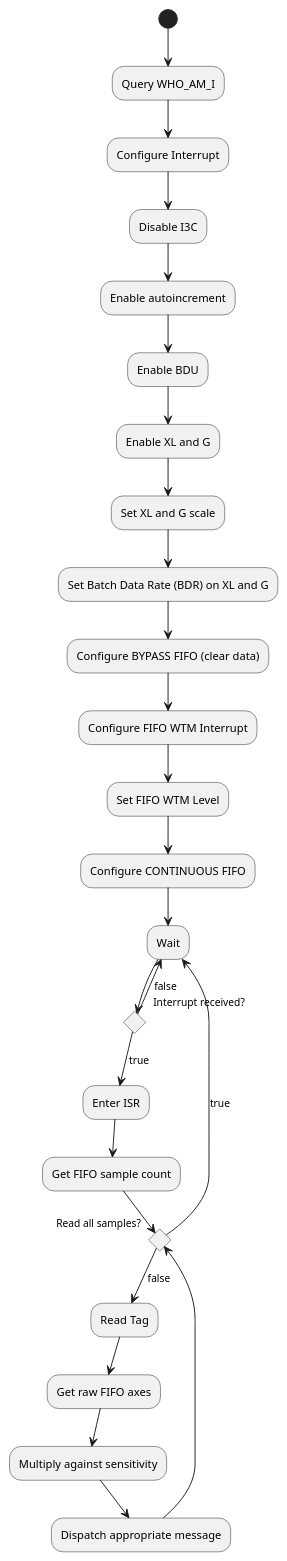
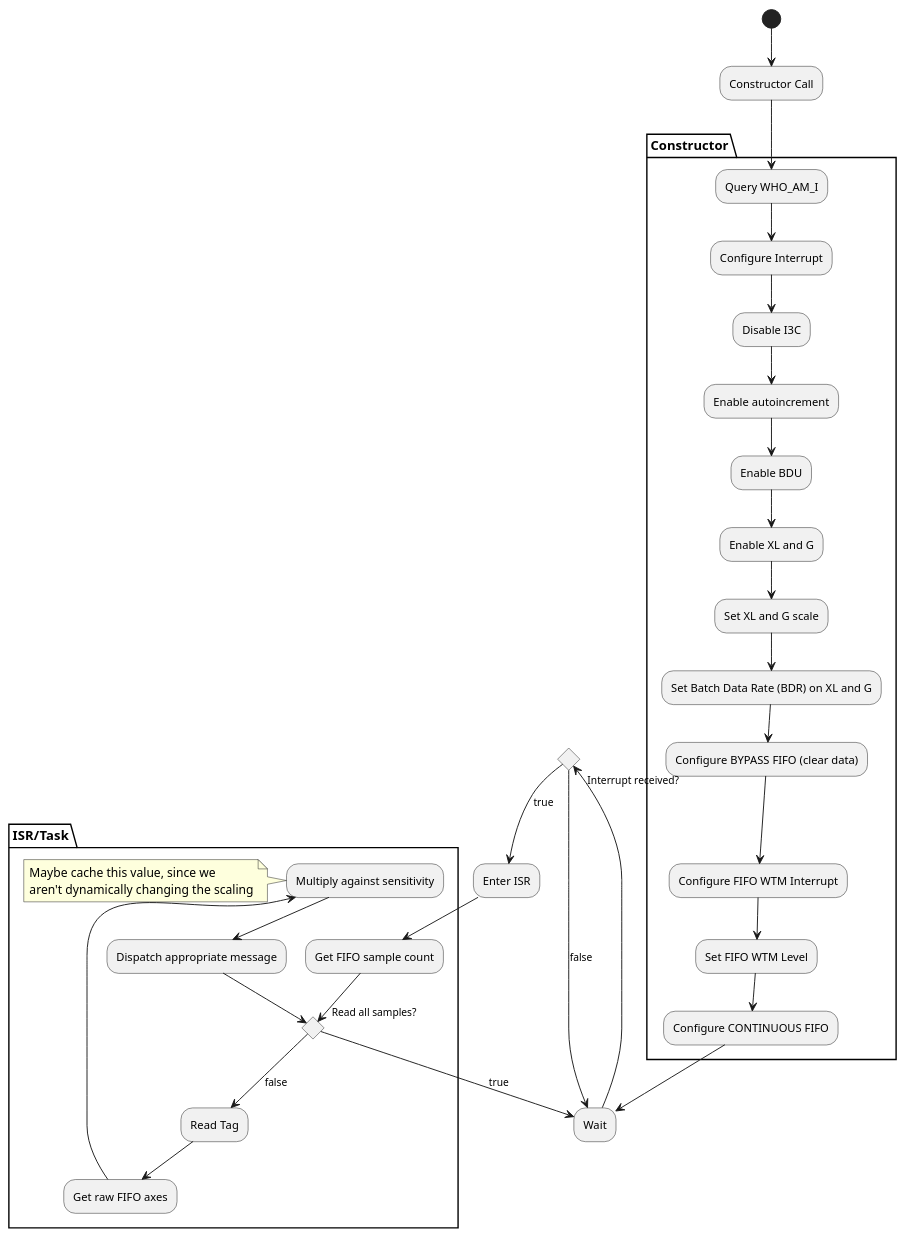
Before and after one commit to bennowotny/ECE453_DumptruckUltra: the diagram in Software/DumptruckUltra-MCU/hw/imu/IMU_Procedure.wsd, drawn with PlantUML.

Commit message:
Adding notes and partitions

```diff
--- a/Software/DumptruckUltra-MCU/hw/imu/IMU_Procedure.wsd
+++ b/Software/DumptruckUltra-MCU/hw/imu/IMU_Procedure.wsd
@@ -1,30 +1,41 @@
 @startuml IMUFlow
-(*) --> "Query WHO_AM_I" as whoami
-whoami --> "Configure Interrupt" as conf_int
-conf_int --> "Disable I3C" as no_i3c
-no_i3c --> "Enable autoincrement" as autoinc
-autoinc --> "Enable BDU" as bdu
-bdu --> "Enable XL and G" as sense_enable
-sense_enable --> "Set XL and G scale" as sense_scale
-sense_scale --> "Set Batch Data Rate (BDR) on XL and G" as sense_batch_rate
-sense_batch_rate --> "Configure BYPASS FIFO (clear data)" as fifo_clear
-fifo_clear --> "Configure FIFO WTM Interrupt" as fifo_int
-fifo_int --> "Set FIFO WTM Level" as fifo_wtm
-fifo_wtm --> "Configure CONTINUOUS FIFO" as fifo_start
+(*) --> "Constructor Call" as call
+
+partition Constructor {
+    call --> "Query WHO_AM_I" as whoami
+    whoami --> "Configure Interrupt" as conf_int
+    conf_int --> "Disable I3C" as no_i3c
+    no_i3c --> "Enable autoincrement" as autoinc
+    autoinc --> "Enable BDU" as bdu
+    bdu --> "Enable XL and G" as sense_enable
+    sense_enable --> "Set XL and G scale" as sense_scale
+    sense_scale --> "Set Batch Data Rate (BDR) on XL and G" as sense_batch_rate
+    sense_batch_rate --> "Configure BYPASS FIFO (clear data)" as fifo_clear
+    fifo_clear --> "Configure FIFO WTM Interrupt" as fifo_int
+    fifo_int --> "Set FIFO WTM Level" as fifo_wtm
+    fifo_wtm --> "Configure CONTINUOUS FIFO" as fifo_start
+}
+
 fifo_start --> "Wait" as wait
 if "Interrupt received?" then
 -->[true] "Enter ISR" as isr_start
 else
 -->[false] wait
 endif
+partition ISR/Task {
 isr_start --> "Get FIFO sample count" as fifo_count
 if "Read all samples?" as check then
 -->[true] wait
 else
 -->[false] "Read Tag" as tag
 endif
 tag --> "Get raw FIFO axes" as fifo_read
 fifo_read --> "Multiply against sensitivity" as mult
+note left
+    Maybe cache this value, since we 
+    aren't dynamically changing the scaling
+end note
 mult --> "Dispatch appropriate message" as dispatch
 dispatch --> check
+}
 @enduml
```
